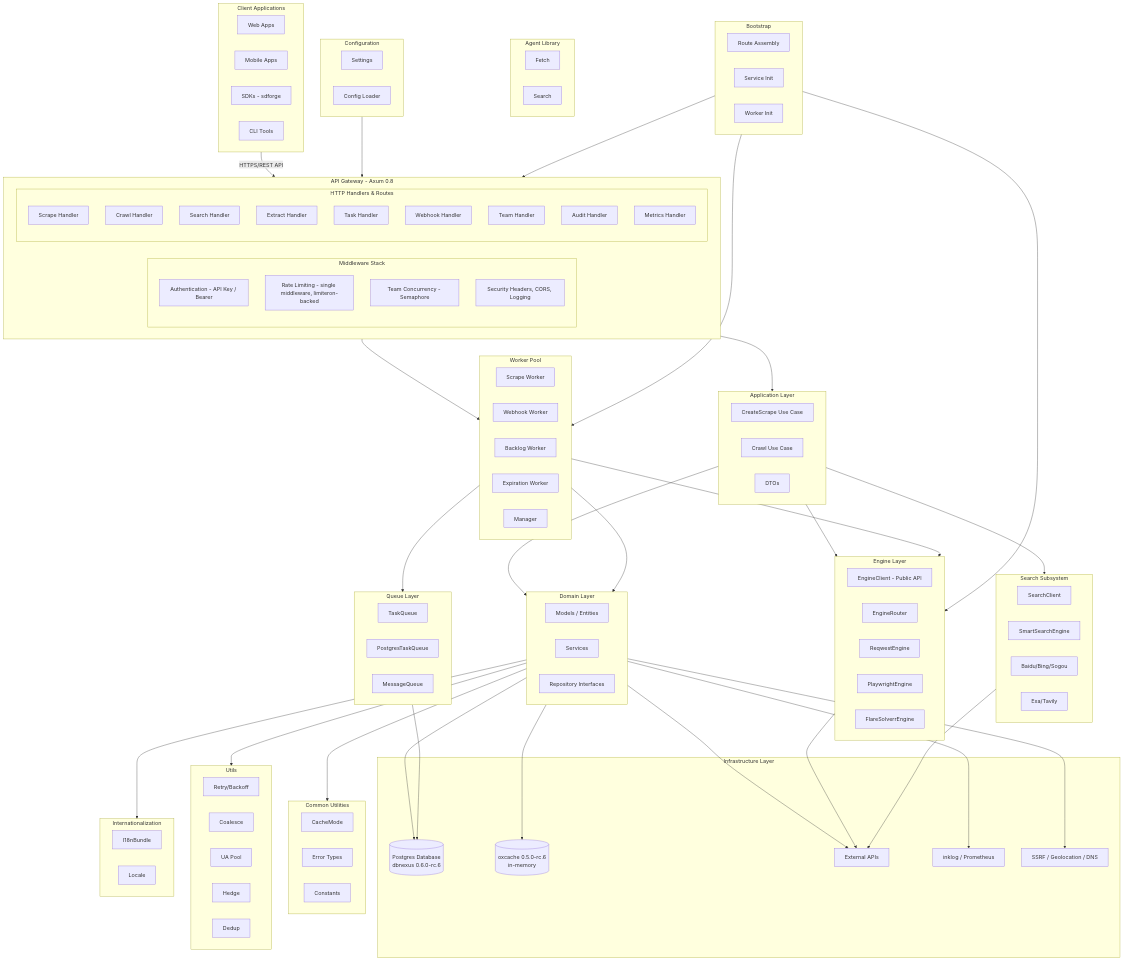
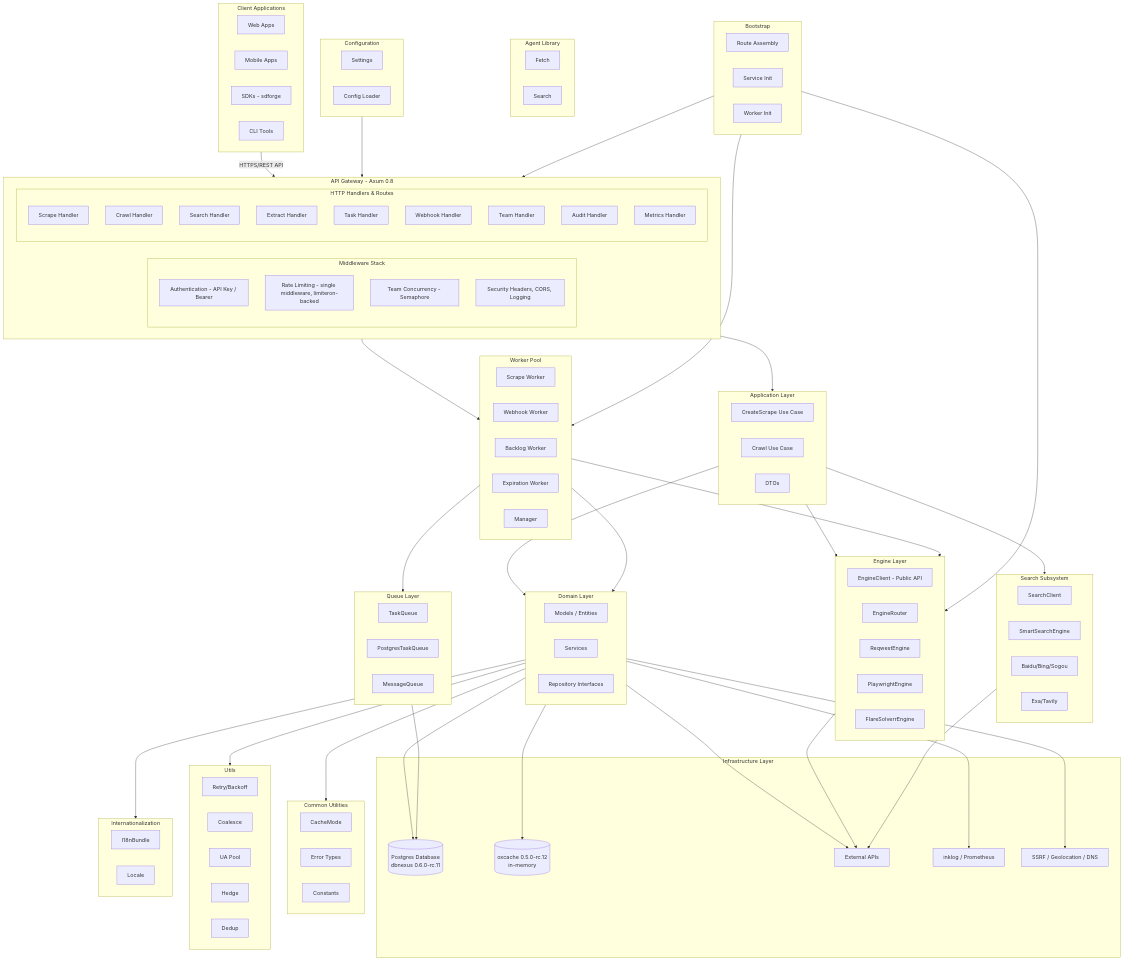
Before and after one commit to Kirky-X/crawlrs: the first of 10 diagrams in docs/ARCHITECTURE.md, drawn with Mermaid. The commit also changed other lines of this file and 10 other files, not shown here.

```diff
--- a/docs/ARCHITECTURE.md
+++ b/docs/ARCHITECTURE.md
@@ -174,8 +174,8 @@
     end
 
     subgraph Infra [Infrastructure Layer]
-        DB[(Postgres Database<br/>dbnexus 0.6.0-rc.6)]
-        RC[(oxcache 0.5.0-rc.6<br/>in-memory)]
+        DB[(Postgres Database<br/>dbnexus 0.6.0-rc.11)]
+        RC[(oxcache 0.5.0-rc.12<br/>in-memory)]
         EXT[External APIs]
         MON[inklog / Prometheus]
         SEC[SSRF / Geolocation / DNS]
```
